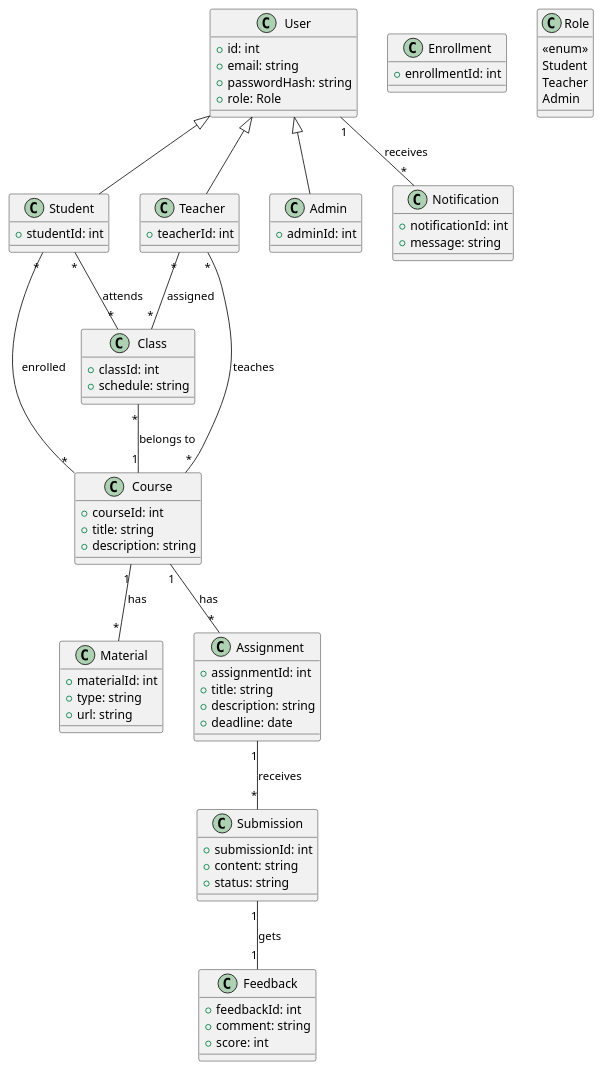
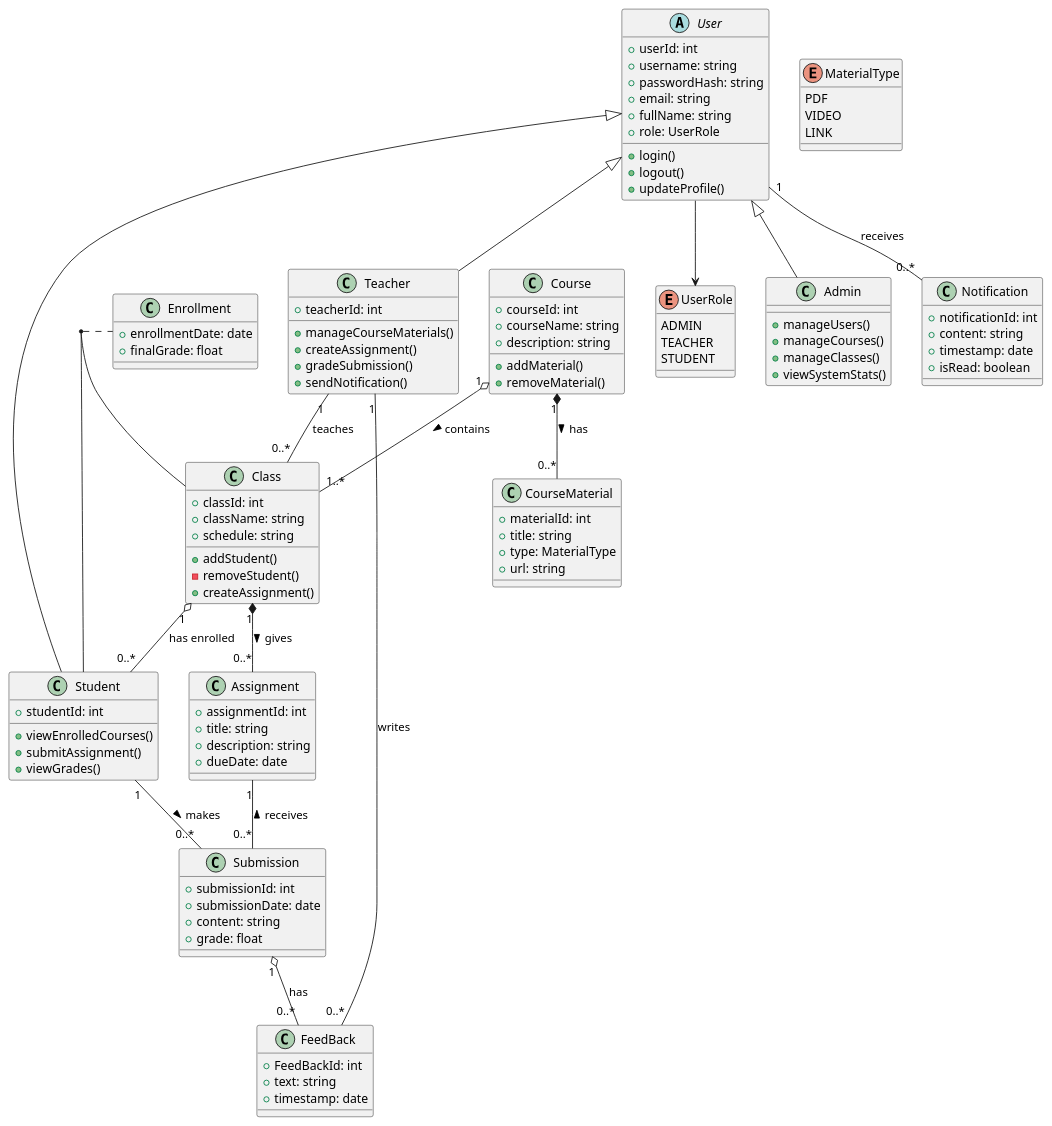
One commit to Huangphoux/uit-SE357_requirement changed the diagram in docs/2. Diagrams/Class/MyClassDiagram.pu. Above: the diagram before and after it, drawn with PlantUML. The commit also changed 132 other files, not shown here.

```diff
--- a/docs/2. Diagrams/Class/MyClassDiagram.pu
+++ b/docs/2. Diagrams/Class/MyClassDiagram.pu
@@ -1,90 +1,136 @@
 @startuml ClassDiagram
 
-' Main entities based on us.typ requirements
-class User {
-  +id: int
+
+
+' Abstract User Class
+abstract class User {
+  +userId: int
+  +username: string
+  +passwordHash: string
   +email: string
-  +passwordHash: string
-  +role: Role
+  +fullName: string
+  +role: UserRole
+  +login()
+  +logout()
+  +updateProfile()
 }
 
-class Student {
-  +studentId: int
+' User Roles Enum
+enum UserRole {
+  ADMIN
+  TEACHER
+  STUDENT
 }
 
-class Teacher {
-  +teacherId: int
+' Concrete User Roles
+class Admin extends User {
+  +manageUsers()
+  +manageCourses()
+  +manageClasses()
+  +viewSystemStats()
 }
 
-class Admin {
-  +adminId: int
+class Teacher extends User {
+  +teacherId: int
+  +manageCourseMaterials()
+  +createAssignment()
+  +gradeSubmission()
+  +sendNotification()
 }
 
+class Student extends User {
+  +studentId: int
+  +viewEnrolledCourses()
+  +submitAssignment()
+  +viewGrades()
+}
+
+' Course and Class Structure
 class Course {
   +courseId: int
-  +title: string
+  +courseName: string
   +description: string
+  +addMaterial()
+  +removeMaterial()
 }
 
 class Class {
   +classId: int
+  +className: string
   +schedule: string
+  +addStudent()
+  -removeStudent()
+  +createAssignment()
 }
 
-class Enrollment {
-  +enrollmentId: int
-}
-
-class Material {
+class CourseMaterial {
   +materialId: int
-  +type: string
+  +title: string
+  +type: MaterialType
   +url: string
 }
 
+enum MaterialType {
+  PDF
+  VIDEO
+  LINK
+}
+
+' Assignment and Submission
 class Assignment {
   +assignmentId: int
   +title: string
   +description: string
-  +deadline: date
+  +dueDate: date
 }
 
 class Submission {
   +submissionId: int
+  +submissionDate: date
   +content: string
-  +status: string
+  +grade: float
 }
 
+class FeedBack {
+  +FeedBackId: int
+  +text: string
+  +timestamp: date
+}
+
+' Notifications
 class Notification {
   +notificationId: int
-  +message: string
-}
-
-class Feedback {
-  +feedbackId: int
-  +comment: string
-  +score: int
-}
-
-class Role {
-  <<enum>>
-  Student
-  Teacher
-  Admin
+  +content: string
+  +timestamp: date
+  +isRead: boolean
 }
 
 ' Relationships
-User <|-- Student
-User <|-- Teacher
-User <|-- Admin
-Student "*" -- "*" Course : enrolled
-Teacher "*" -- "*" Course : teaches
-Class "*" -- "1" Course : belongs to
-Student "*" -- "*" Class : attends
-Teacher "*" -- "*" Class : assigned
-Course "1" -- "*" Material : has
-Course "1" -- "*" Assignment : has
-Assignment "1" -- "*" Submission : receives
-Submission "1" -- "1" Feedback : gets
-User "1" -- "*" Notification : receives
+User --> UserRole
+
+' Course and Class Relationships
+Course "1" o-- "1..*" Class : contains >
+Course "1" *-- "0..*" CourseMaterial : has >
+
+' Class, Teacher, and Student Relationships
+Teacher "1" -- "0..*" Class : teaches
+(Student, Class) .. Enrollment
+Class "1" o-- "0..*" Student : has enrolled
+Class "1" *-- "0..*" Assignment : gives >
+
+' Assignment and Submission Relationships
+Student "1" -- "0..*" Submission : makes >
+Assignment "1" -- "0..*" Submission : receives <
+Submission "1" o-- "0..*" FeedBack : has
+Teacher "1" -- "0..*" FeedBack : writes
+
+' Notification Relationship
+User "1" -- "0..*" Notification : receives
+
+' Enrollment Association Class
+class Enrollment {
+  +enrollmentDate: date
+  +finalGrade: float
+}
 
 @enduml
```
